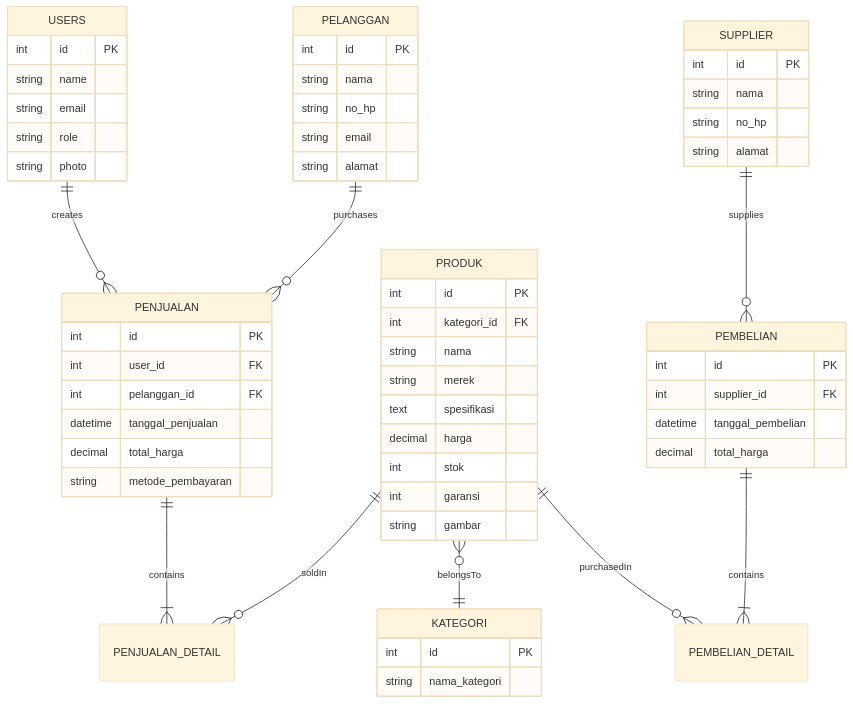
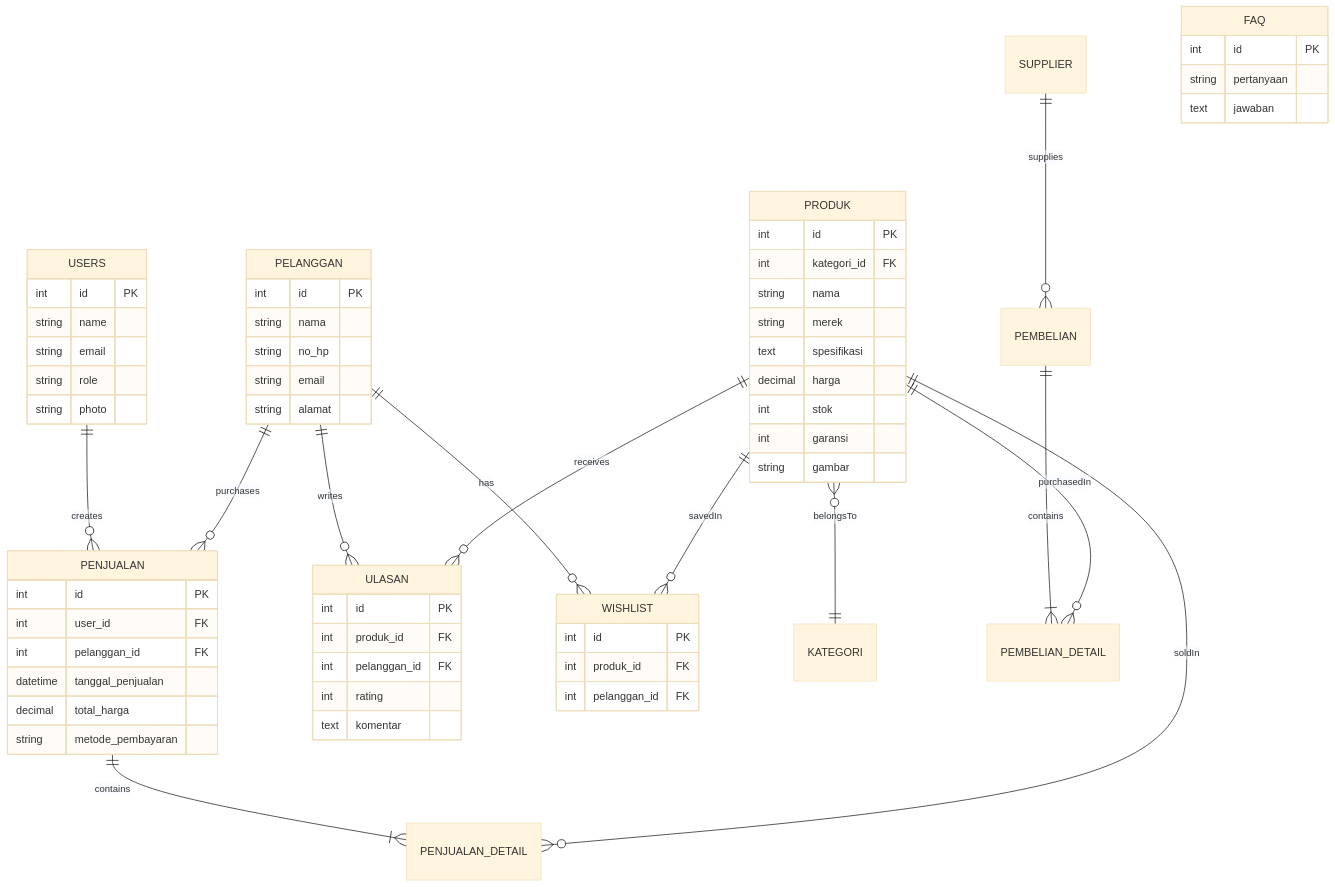
One commit to ThariqAdzikra/KatalogUMKM changed the diagram in README.md. Above: the diagram before and after it, drawn with Mermaid (base theme). The commit also changed other lines of this file, not shown here.

````diff
--- a/README.md
+++ b/README.md
@@ -826,67 +269,72 @@
 ```mermaid
 erDiagram
     USERS ||--o{ PENJUALAN : creates
     PELANGGAN ||--o{ PENJUALAN : purchases
+    PELANGGAN ||--o{ ULASAN : writes
+    PELANGGAN ||--o{ WISHLIST : has
     PENJUALAN ||--|{ PENJUALAN_DETAIL : contains
     PRODUK ||--o{ PENJUALAN_DETAIL : soldIn
     PRODUK }o--|| KATEGORI : belongsTo
+    PRODUK ||--o{ ULASAN : receives
+    PRODUK ||--o{ WISHLIST : savedIn
     SUPPLIER ||--o{ PEMBELIAN : supplies
     PEMBELIAN ||--|{ PEMBELIAN_DETAIL : contains
     PRODUK ||--o{ PEMBELIAN_DETAIL : purchasedIn
     
     USERS {
         int id PK
         string name
         string email
         string role
         string photo
     }
     
     PELANGGAN {
         int id PK
         string nama
         string no_hp
         string email
         string alamat
     }
     
     PENJUALAN {
         int id PK
         int user_id FK
         int pelanggan_id FK
         datetime tanggal_penjualan
         decimal total_harga
         string metode_pembayaran
     }
     
     PRODUK {
         int id PK
         int kategori_id FK
         string nama
         string merek
         text spesifikasi
         decimal harga
         int stok
         int garansi
         string gambar
     }
     
-    KATEGORI {
+    ULASAN {
         int id PK
-        string nama_kategori
+        int produk_id FK
+        int pelanggan_id FK
+        int rating
+        text komentar
+    }
+
+    WISHLIST {
+        int id PK
+        int produk_id FK
+        int pelanggan_id FK
     }
     
-    SUPPLIER {
+    FAQ {
         int id PK
-        string nama
-        string no_hp
-        string alamat
-    }
-    
-    PEMBELIAN {
-        int id PK
-        int supplier_id FK
-        datetime tanggal_pembelian
-        decimal total_harga
+        string pertanyaan
+        text jawaban
     }
 ```
````
